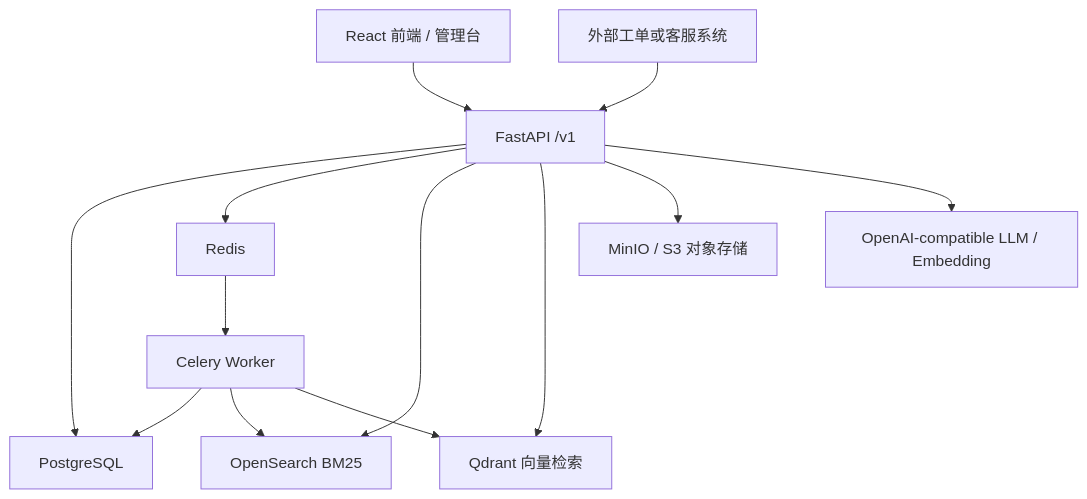
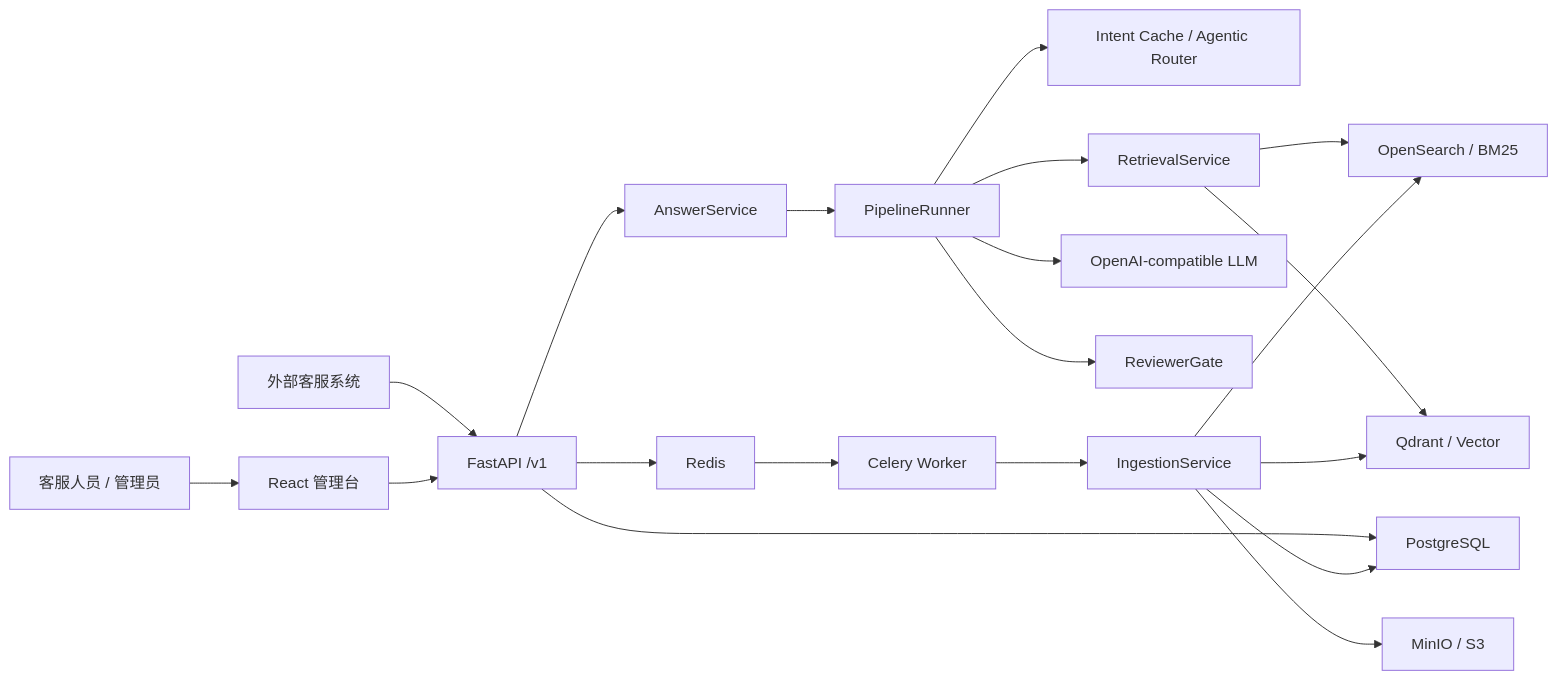
One commit to rwjxrj/RAG_Agent changed the first of 3 diagrams in README.md. Above: the diagram before and after it, drawn with Mermaid. The commit also changed other lines of this file, not shown here.

````diff
--- a/README.md
+++ b/README.md
@@ -37,15 +107,24 @@
 ```mermaid
-flowchart TD
-  FE["React 前端 / 管理台"] --> API["FastAPI /v1"]
-  EXT["外部工单或客服系统"] --> API
+flowchart LR
+  U["客服人员 / 管理员"] --> FE["React 管理台"]
+  E["外部客服系统"] --> API["FastAPI /v1"]
+  FE --> API
+
+  API --> AS["AnswerService"]
+  AS --> PR["PipelineRunner"]
+  PR --> IC["Intent Cache / Agentic Router"]
+  PR --> RT["RetrievalService"]
+  RT --> OS["OpenSearch / BM25"]
+  RT --> QD["Qdrant / Vector"]
+  PR --> LLM["OpenAI-compatible LLM"]
+  PR --> RV["ReviewerGate"]
+
   API --> PG["PostgreSQL"]
-  API --> REDIS["Redis"]
-  API --> OS["OpenSearch BM25"]
-  API --> QD["Qdrant 向量检索"]
-  API --> MINIO["MinIO / S3 对象存储"]
-  REDIS --> CELERY["Celery Worker"]
-  CELERY --> PG
-  CELERY --> OS
-  CELERY --> QD
-  API --> LLM["OpenAI-compatible LLM / Embedding"]
+  API --> RD["Redis"]
+  RD --> WK["Celery Worker"]
+  WK --> ING["IngestionService"]
+  ING --> PG
+  ING --> OS
+  ING --> QD
+  ING --> S3["MinIO / S3"]
 ```
````
